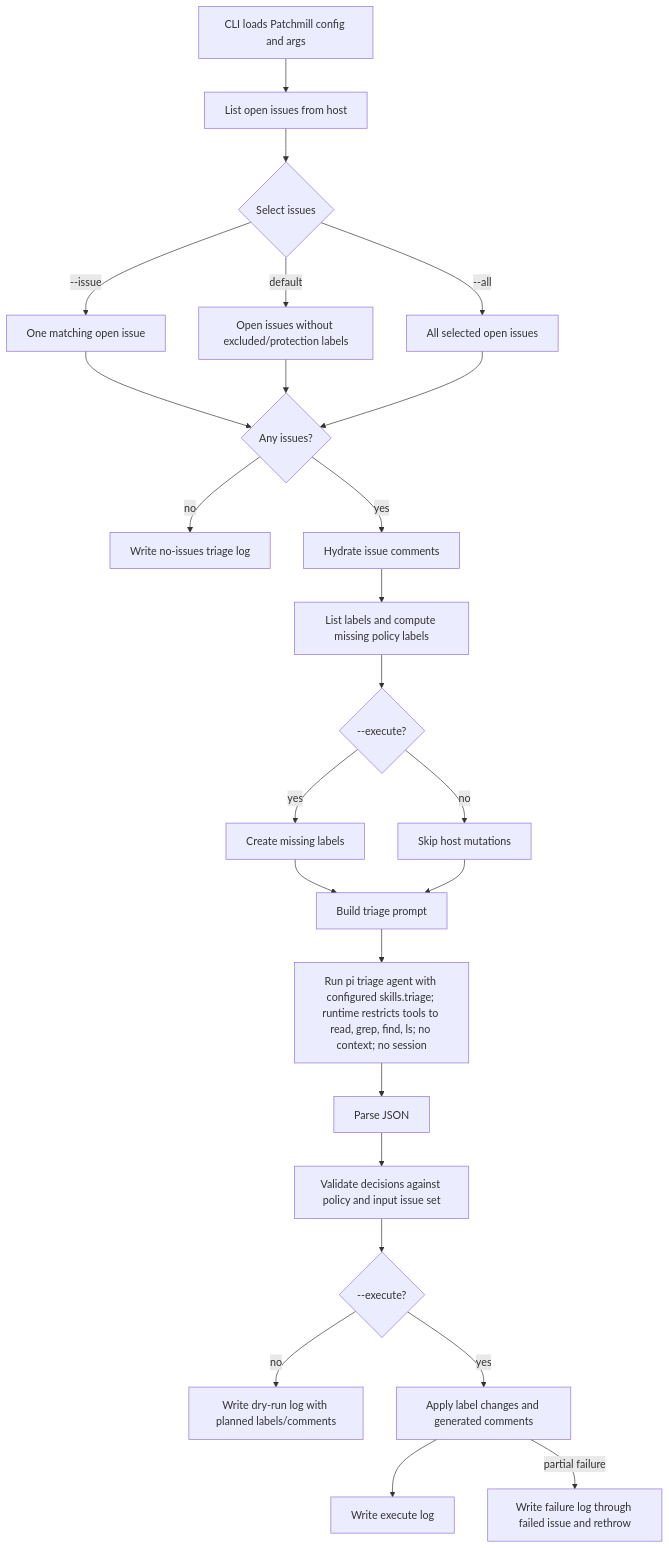
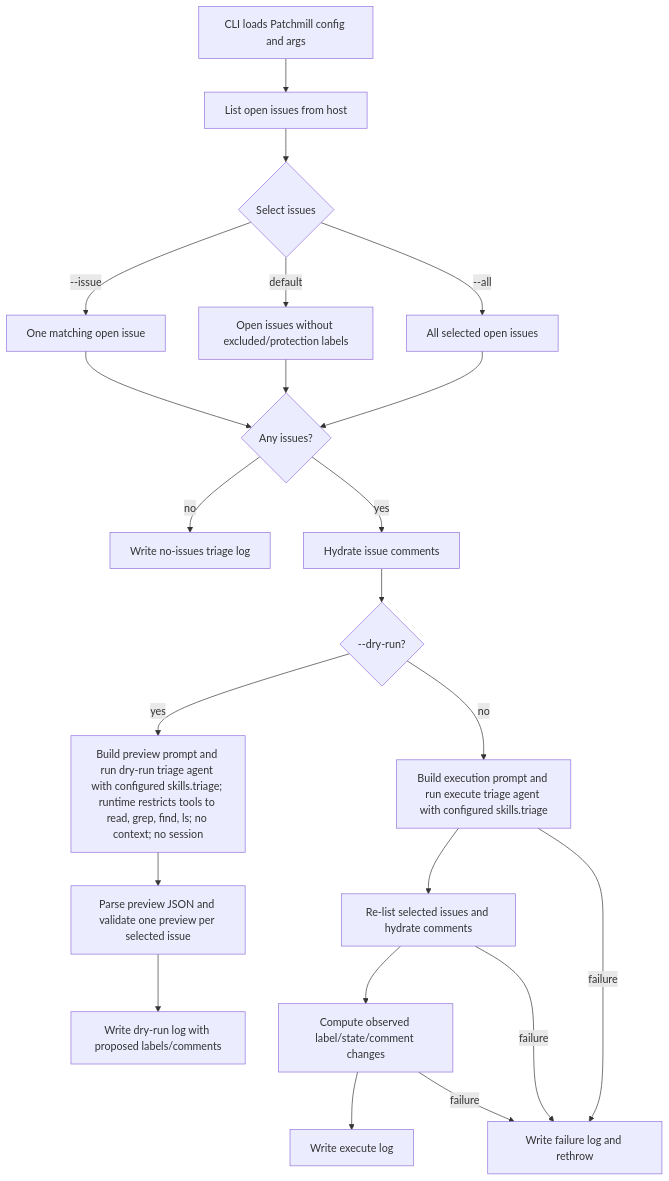
One commit to rochecompaan/patchmill changed the first of 2 diagrams in docs/issue-agent-workflows.md. Above: the diagram before and after it, drawn with Mermaid. The commit also changed other lines of this file and 4 other files, not shown here.

````diff
--- a/docs/issue-agent-workflows.md
+++ b/docs/issue-agent-workflows.md
@@ -32,27 +32,24 @@
 ```mermaid
 flowchart TD
   A[CLI loads Patchmill config and args] --> B[List open issues from host]
   B --> C{Select issues}
   C -->|--issue| C1[One matching open issue]
   C -->|default| C2[Open issues without excluded/protection labels]
   C -->|--all| C3[All selected open issues]
   C1 --> D{Any issues?}
   C2 --> D
   C3 --> D
   D -->|no| Z[Write no-issues triage log]
   D -->|yes| E[Hydrate issue comments]
-  E --> F[List labels and compute missing policy labels]
-  F --> G{--execute?}
-  G -->|yes| H[Create missing labels]
-  G -->|no| I[Skip host mutations]
-  H --> J[Build triage prompt]
-  I --> J
-  J --> K[Run pi triage agent with configured skills.triage; runtime restricts tools to read, grep, find, ls; no context; no session]
-  K --> L[Parse JSON]
-  L --> M[Validate decisions against policy and input issue set]
-  M --> N{--execute?}
-  N -->|no| O[Write dry-run log with planned labels/comments]
-  N -->|yes| P[Apply label changes and generated comments]
-  P --> Q[Write execute log]
-  P -->|partial failure| R[Write failure log through failed issue and rethrow]
+  E --> F{--dry-run?}
+  F -->|yes| G[Build preview prompt and run dry-run triage agent with configured skills.triage; runtime restricts tools to read, grep, find, ls; no context; no session]
+  G --> H[Parse preview JSON and validate one preview per selected issue]
+  H --> I[Write dry-run log with proposed labels/comments]
+  F -->|no| J[Build execution prompt and run execute triage agent with configured skills.triage]
+  J --> K[Re-list selected issues and hydrate comments]
+  K --> L[Compute observed label/state/comment changes]
+  L --> M[Write execute log]
+  J -->|failure| N[Write failure log and rethrow]
+  K -->|failure| N
+  L -->|failure| N
 ```
````
